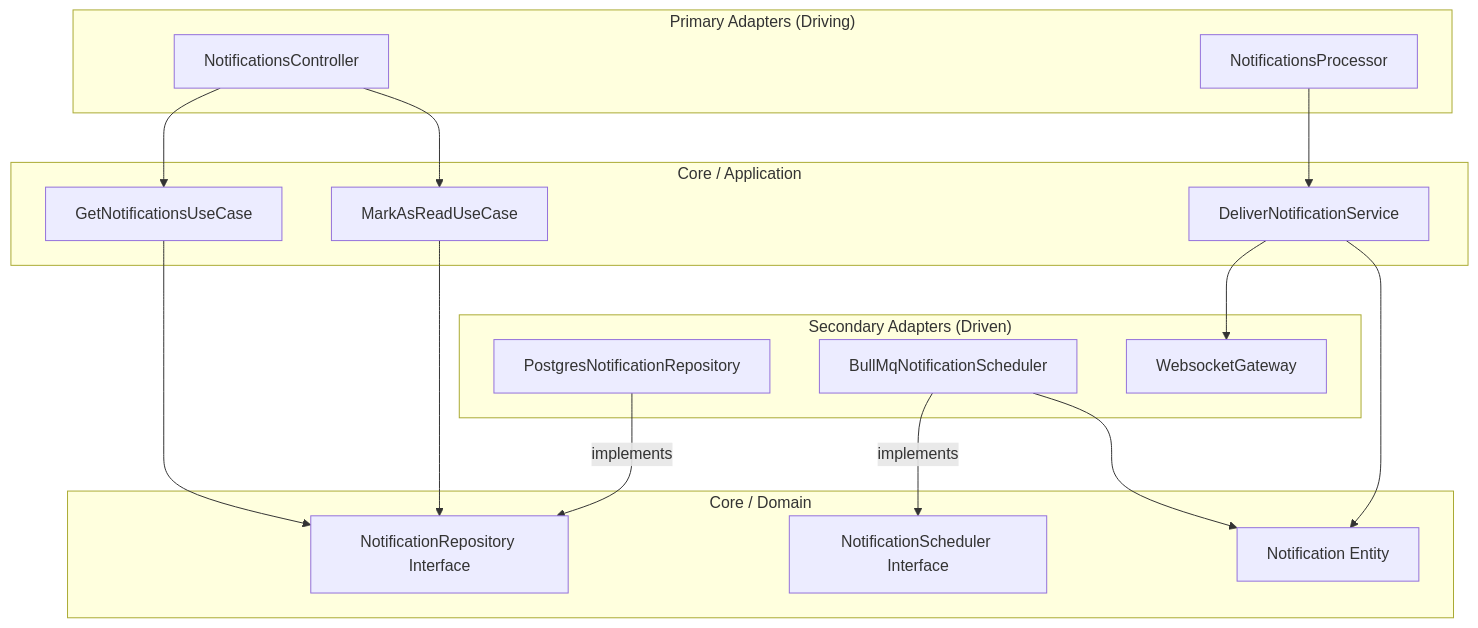
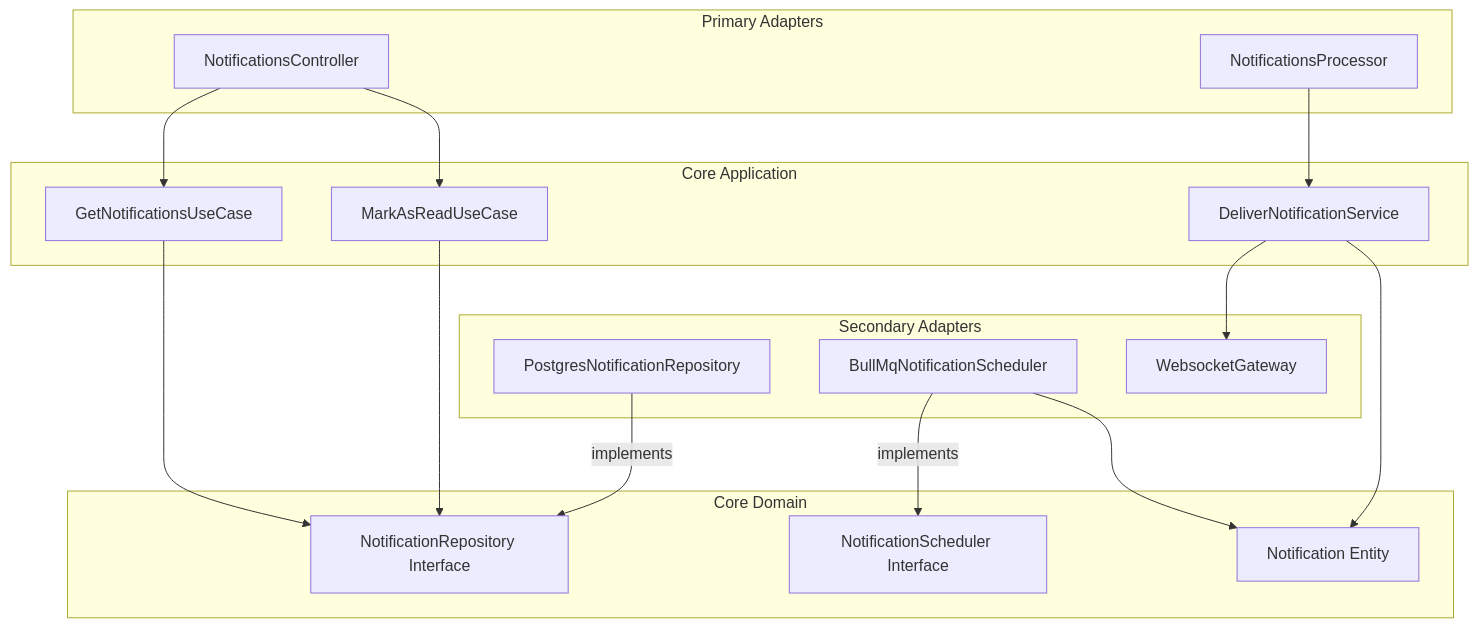
Before and after one commit to raouf-b-dev/ecommerce-store-api: the tenth of 11 diagrams in docs/architecture/ARCHITECTURE.md, drawn with Mermaid. The commit also changed other lines of this file, not shown here.

First line of the commit message:
Refactor architecture documentation for clarity and consistency

````diff
--- a/docs/architecture/ARCHITECTURE.md
+++ b/docs/architecture/ARCHITECTURE.md
@@ -372,41 +364,40 @@
 ```mermaid
 graph TD
-    subgraph "Primary Adapters (Driving)"
-        NC[NotificationsController]
-        NP[NotificationsProcessor]
-    end
+ subgraph Primary["Primary Adapters"]
+ NC[NotificationsController]
+ NP[NotificationsProcessor]
+ end
 
-    subgraph "Core / Application"
-        DNS[DeliverNotificationService]
-        GUC[GetNotificationsUseCase]
-        MUC[MarkAsReadUseCase]
-    end
+ subgraph Application["Core Application"]
+ DNS[DeliverNotificationService]
+ GUC[GetNotificationsUseCase]
+ MUC[MarkAsReadUseCase]
+ end
 
-    subgraph "Core / Domain"
-        NE[Notification Entity]
-        RI[NotificationRepository Interface]
-        SI[NotificationScheduler Interface]
-    end
+ subgraph Domain["Core Domain"]
+ NE[Notification Entity]
+ RI[NotificationRepository Interface]
+ SI[NotificationScheduler Interface]
+ end
 
-    subgraph "Secondary Adapters (Driven)"
-        PR[PostgresNotificationRepository]
-        BS[BullMqNotificationScheduler]
-        WG[WebsocketGateway]
-    end
+ subgraph Secondary["Secondary Adapters"]
+ PR[PostgresNotificationRepository]
+ BS[BullMqNotificationScheduler]
+ WG[WebsocketGateway]
+ end
 
-    %% Interactions
-    NC --> GUC
-    NC --> MUC
-    NP --> DNS
+ NC --> GUC
+ NC --> MUC
+ NP --> DNS
 
-    GUC --> RI
-    MUC --> RI
+ GUC --> RI
+ MUC --> RI
 
-    DNS --> WG
-    DNS --> NE
+ DNS --> WG
+ DNS --> NE
 
-    BS -- implements --> SI
-    PR -- implements --> RI
+ BS -- implements --> SI
+ PR -- implements --> RI
 
-    BS --> NE
+ BS --> NE
 ```
````
